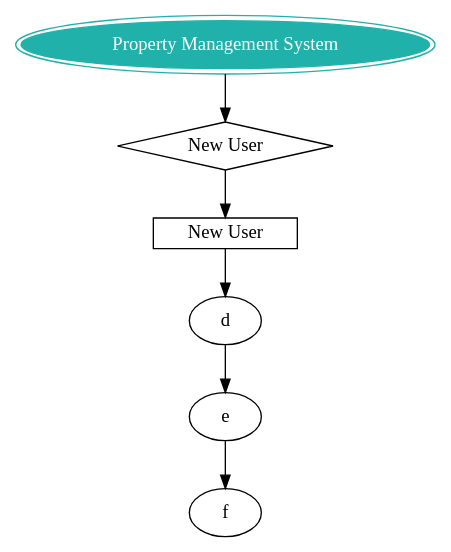
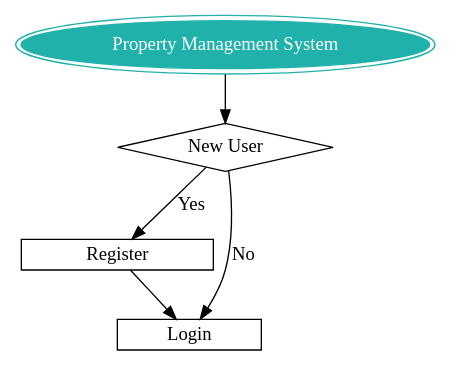
One commit to IIITM-Jay/Property-Management-System-Docs changed the diagram in docs/source/flowSequence.rst. Above: the diagram before and after it, drawn with Graphviz.

```diff
--- a/docs/source/flowSequence.rst
+++ b/docs/source/flowSequence.rst
@@ -5,11 +5,16 @@
 .. graphviz::
    :align: center
 
    digraph {
-      a->b->c->d->e->f;
+      a->b
+      b->d [label="Yes"]
+      b->c [label="No"]
+      d->c 
       a [shap=ellipse, peripheries=2,color= lightseagreen, label="Property Management System", style=filled, fontcolor=white];
       b [shape=diamond, label="New User"]
-      c [shape=box, label="New User", height=0.25, width=1.5 ]
+      c [shape=box, label="Login", height=0.25, width=1.5 ]
+      d [shape=box, label="Register", height=0.25, width=2 ]
+
 
       
    }
```
